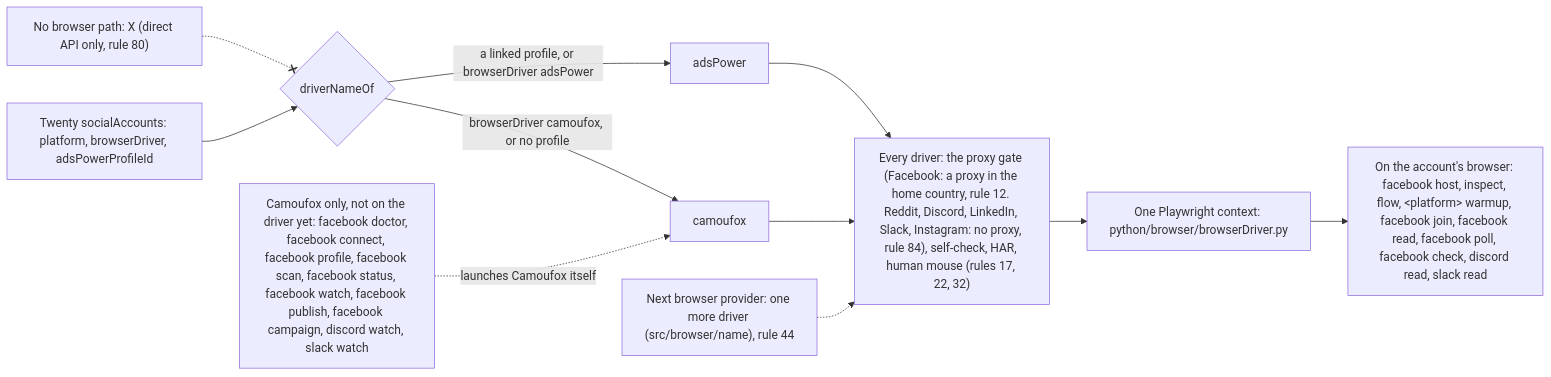
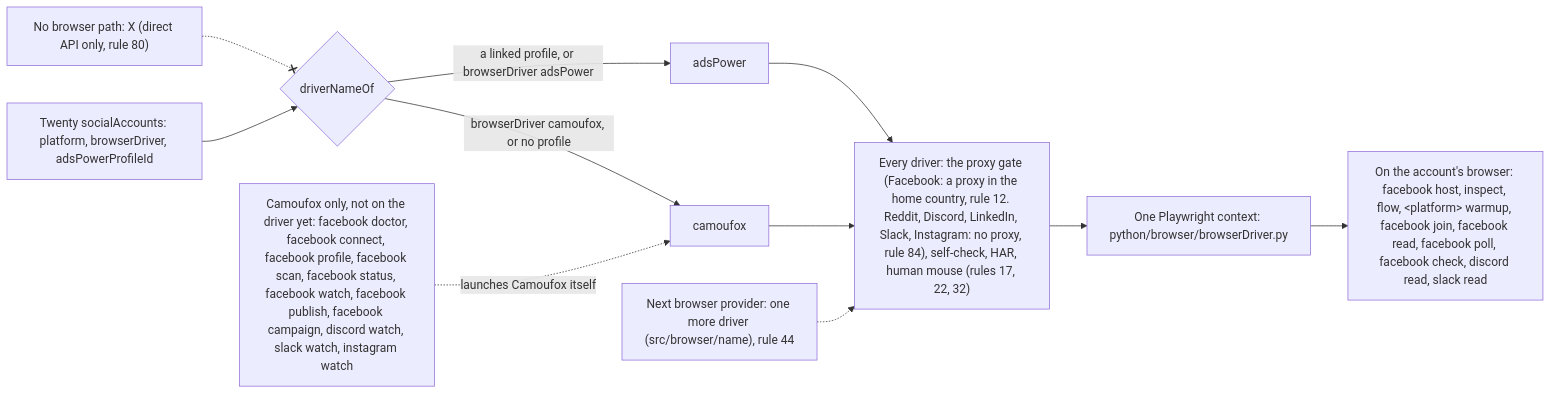
One commit to matthewdonsemail-lab/log changed the diagram in docs/diagrams/browsers.mmd. Above: the diagram before and after it, drawn with Mermaid. The commit also changed 34 other files, not shown here.

```diff
--- a/docs/diagrams/browsers.mmd
+++ b/docs/diagrams/browsers.mmd
@@ -1,19 +1,19 @@
 %% The browser layer. log-cli is browser-agnostic: each account's browser is a driver picked from Twenty, AdsPower first, and every driver opens through the same gates. Whether the gate needs a proxy is the platform's (`PLATFORM_SITES`). From `BROWSER_DRIVERS` (`src/browser/driver`) and `commandBrowser` (`src/browser/run`).
 %% Written by `bun run docs:build` from the code (rule 56). Not edited by hand.
 flowchart LR
   twenty["Twenty socialAccounts: platform, browserDriver, adsPowerProfileId"]
   pick{"driverNameOf"}
   gates["Every driver: the proxy gate (Facebook: a proxy in the home country, rule 12. Reddit, Discord, LinkedIn, Slack, Instagram: no proxy, rule 84), self-check, HAR, human mouse (rules 17, 22, 32)"]
   session["One Playwright context: python/browser/browserDriver.py"]
   twenty --> pick
   pick -->|"browserDriver camoufox, or no profile"| d_camoufox["camoufox"]
   pick -->|"a linked profile, or browserDriver adsPower"| d_adsPower["adsPower"]
   d_camoufox --> gates
   d_adsPower --> gates
   more["Next browser provider: one more driver (src/browser/name), rule 44"] -.-> gates
   gates --> session
   account["On the account's browser: facebook host, inspect, flow, #lt;platform#gt; warmup, facebook join, facebook read, facebook poll, facebook check, discord read, slack read"]
-  camoufox["Camoufox only, not on the driver yet: facebook doctor, facebook connect, facebook profile, facebook scan, facebook status, facebook watch, facebook publish, facebook campaign, discord watch, slack watch"]
+  camoufox["Camoufox only, not on the driver yet: facebook doctor, facebook connect, facebook profile, facebook scan, facebook status, facebook watch, facebook publish, facebook campaign, discord watch, slack watch, instagram watch"]
   session --> account
   camoufox -.->|"launches Camoufox itself"| d_camoufox
   nobrowser["No browser path: X (direct API only, rule 80)"] -.-x pick
```
